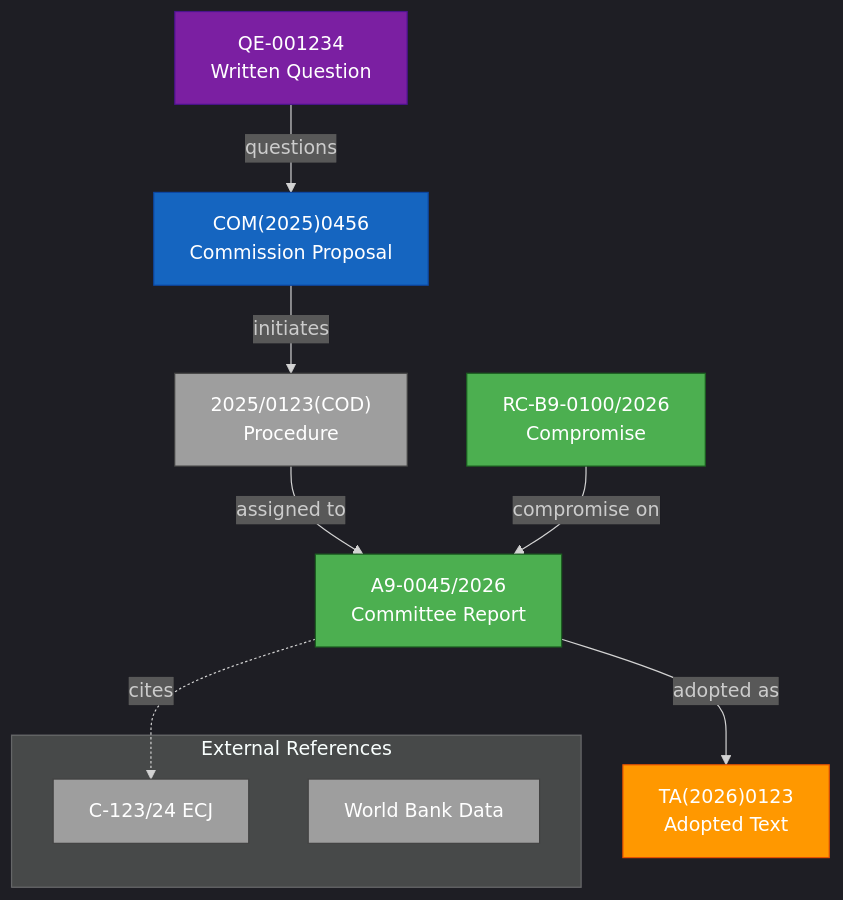
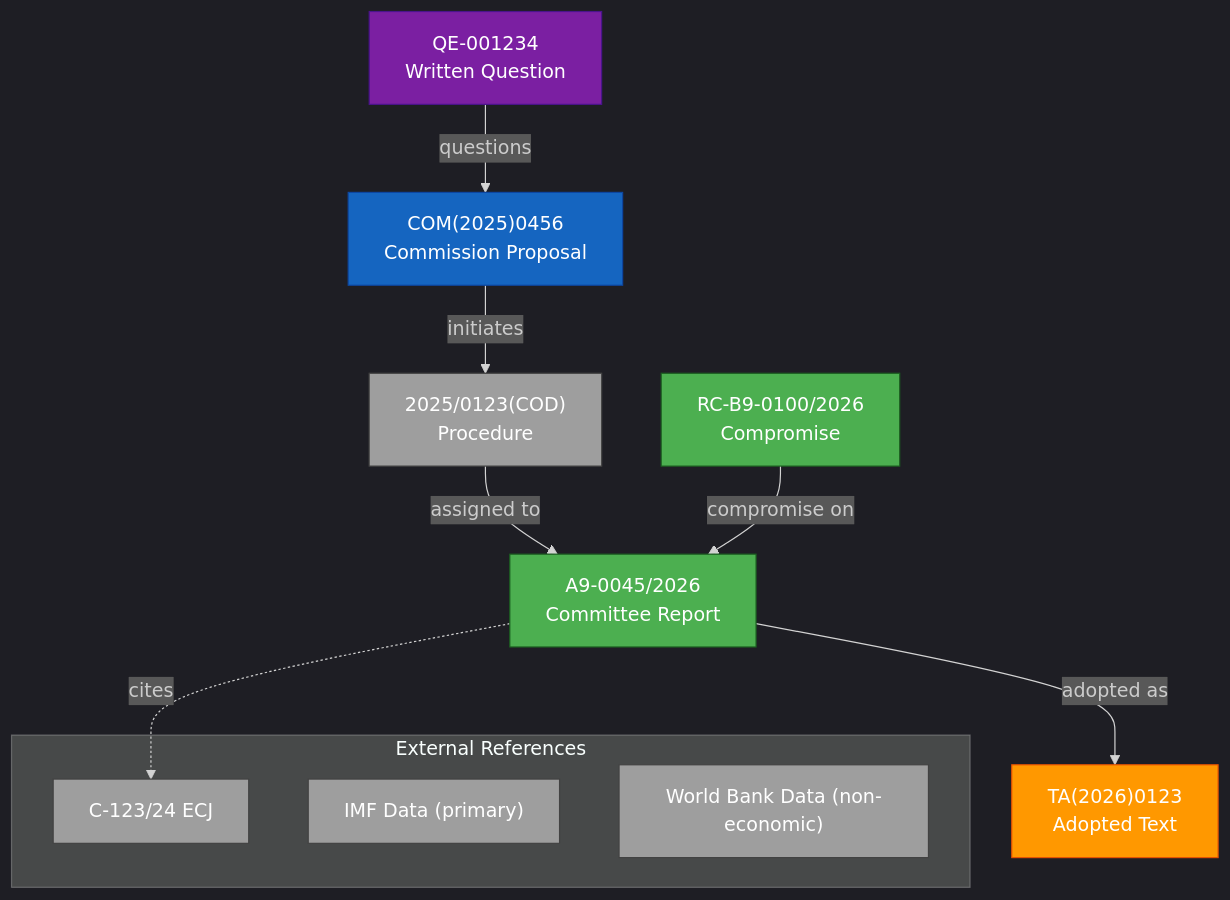
The diagram in analysis/templates/cross-reference-map.md (Hack23/euparliamentmonitor), drawn with Mermaid before and after one commit. The commit also changed other lines of this file and 31 other files, not shown here.

First line of the commit message:
Phase 4-5: workflows firewall IMF-first + prose Wave-3; templates Wave-3 IMF-primary; new imf-vintage-audit.md template

````diff
--- a/analysis/templates/cross-reference-map.md
+++ b/analysis/templates/cross-reference-map.md
@@ -107,29 +107,30 @@
 ```mermaid
 %%{init: {"theme":"dark","themeVariables":{"primaryColor":"#1565C0","primaryTextColor":"#ffffff"}}}%%
 graph TB
     classDef com fill:#1565C0,stroke:#0D47A1,color:#FFFFFF
     classDef report fill:#4CAF50,stroke:#1B5E20,color:#FFFFFF
     classDef ta fill:#FF9800,stroke:#E65100,color:#FFFFFF
     classDef qa fill:#7B1FA2,stroke:#4A148C,color:#FFFFFF
     classDef ext fill:#9E9E9E,stroke:#424242,color:#FFFFFF
 
     COM["COM(2025)0456<br/>Commission Proposal"]:::com
     A9["A9-0045/2026<br/>Committee Report"]:::report
     TA["TA(2026)0123<br/>Adopted Text"]:::ta
     QE["QE-001234<br/>Written Question"]:::qa
     RC["RC-B9-0100/2026<br/>Compromise"]:::report
     PROC["2025/0123(COD)<br/>Procedure"]:::ext
 
     COM -->|initiates| PROC
     PROC -->|assigned to| A9
     A9 -->|adopted as| TA
     QE -->|questions| COM
     RC -->|compromise on| A9
     
     subgraph "External References"
         ECJ["C-123/24 ECJ"]:::ext
-        WB["World Bank Data"]:::ext
+        IMF["IMF Data (primary)"]:::ext
+        WB["World Bank Data (non-economic)"]:::ext
     end
     
     A9 -.cites.-> ECJ
 ```
````
